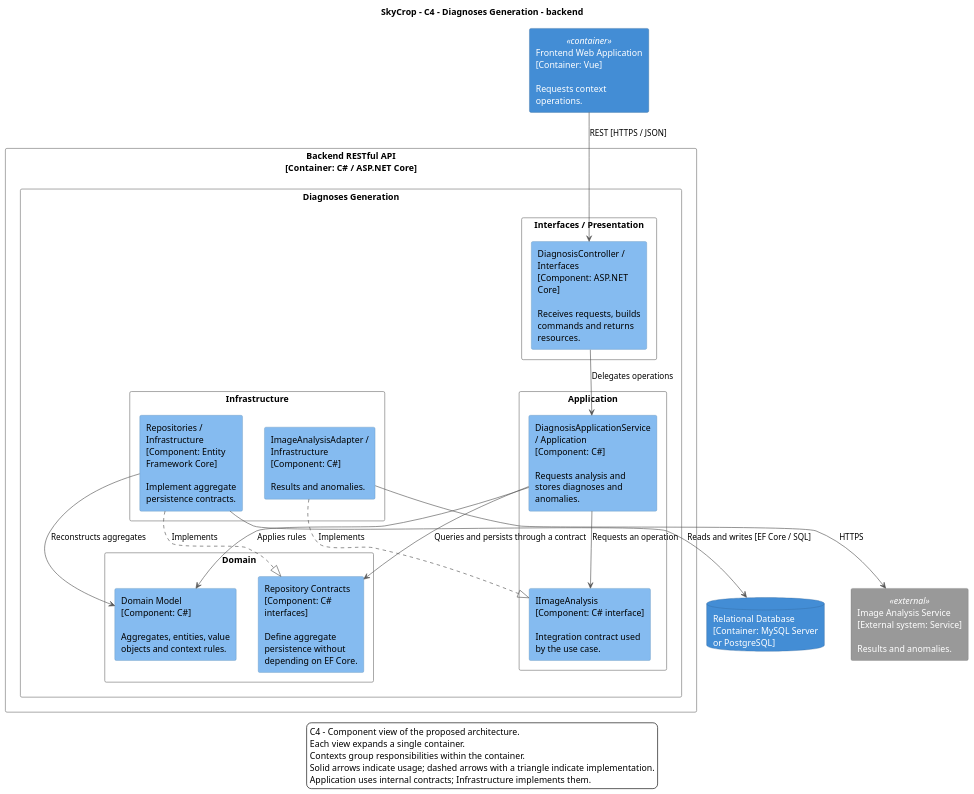
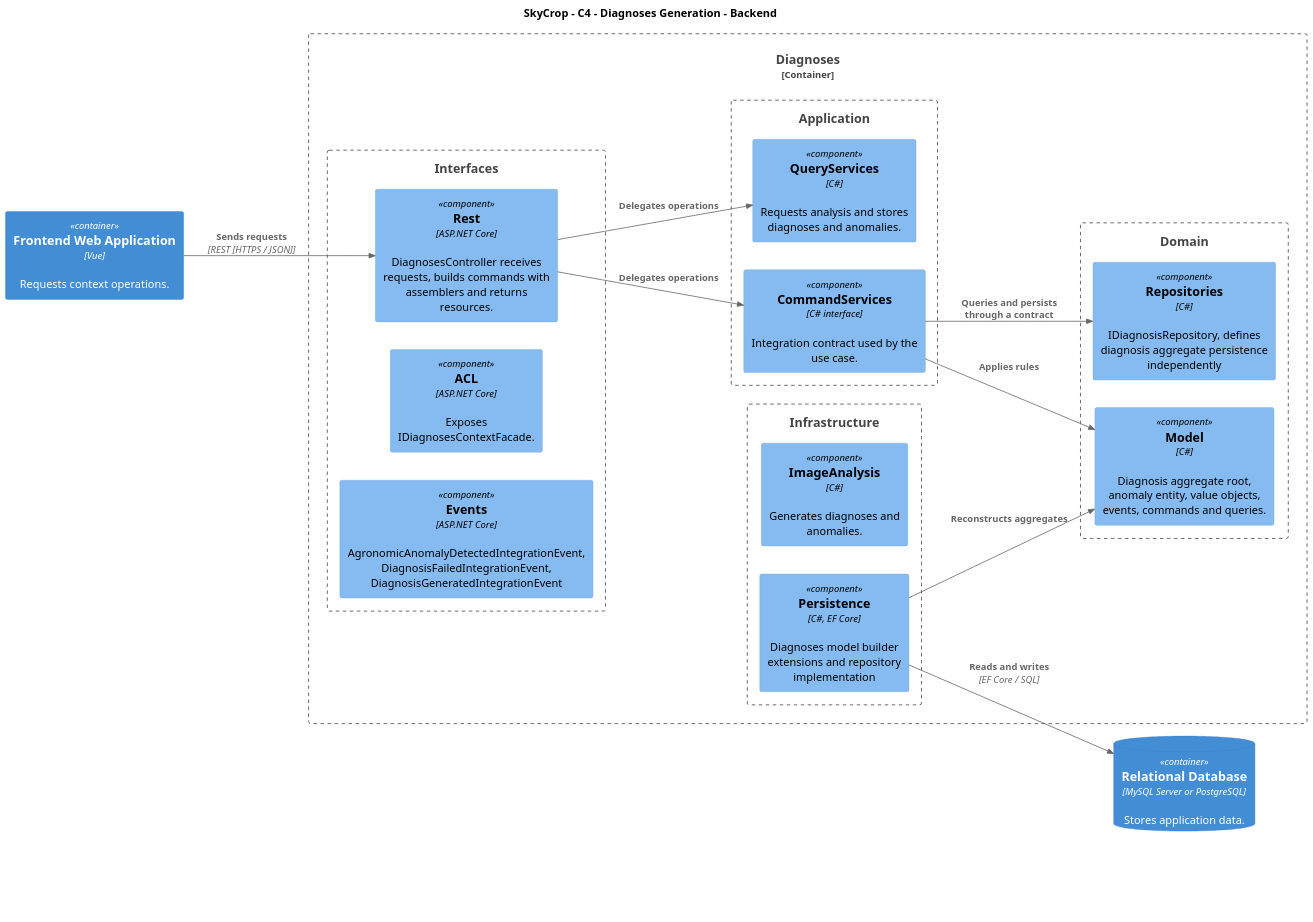
The diagram in resources/diagrams/component-level/contexts/diagnoses-backend-components.puml (upc-pre-202620-1asi0730-8093-greentech/skycrop-report), drawn with PlantUML before and after one commit. The commit also changed 1 other file, not shown here.

Commit message:
feat(diagrams): update diagnoses component diagrams

```diff
--- a/resources/diagrams/component-level/contexts/diagnoses-backend-components.puml
+++ b/resources/diagrams/component-level/contexts/diagnoses-backend-components.puml
@@ -1,84 +1,59 @@
 @startuml
-' C4 palette: people, systems, containers, components and external systems.
-skinparam monochrome false
-skinparam backgroundColor #ffffff
-skinparam actorStyle rectangle
-skinparam actor {
-  BackgroundColor #08427b
-  BorderColor #08427b
-  FontColor #ffffff
+!include https://raw.githubusercontent.com/plantuml-stdlib/C4-PlantUML/master/C4_Component.puml
+
+skinparam shadowing false
+skinparam dpi 150
+skinparam defaultFontName SansSerif
+skinparam wrapWidth 220
+left to right direction
+
+title SkyCrop - C4 - Diagnoses Generation - Backend
+
+Container(web, "Frontend Web Application", "Vue", "Requests context operations.")
+ContainerDb(db, "Relational Database", "MySQL Server or PostgreSQL", "Stores application data.")
+
+Container_Boundary(diagnoses, "Diagnoses") {
+        Boundary(interfaces, "Interfaces") {
+            Component(controller, "Rest", "ASP.NET Core", "DiagnosesController receives requests, builds commands with assemblers and returns resources.")
+            Component(acl, "ACL", "ASP.NET Core", "Exposes IDiagnosesContextFacade.")
+            Component(events, "Events", "ASP.NET Core", "AgronomicAnomalyDetectedIntegrationEvent, DiagnosisFailedIntegrationEvent, DiagnosisGeneratedIntegrationEvent")
+        }
+
+        Boundary(application, "Application") {
+            Component(commands, "CommandServices", "C# interface", "Integration contract used by the use case.")
+            Component(queries, "QueryServices", "C#", "Requests analysis and stores diagnoses and anomalies.")
+        }
+
+        Boundary(domainLayer, "Domain") {
+            Component(domain, "Model", "C#", "Diagnosis aggregate root, anomaly entity, value objects, events, commands and queries.")
+            Component(repositoryContract, "Repositories", "C#", "IDiagnosisRepository, defines diagnosis aggregate persistence independently")
+        }
+
+        Boundary(infrastructure, "Infrastructure") {
+            Component(adapter, "ImageAnalysis", "C#", "Generates diagnoses and anomalies.")
+            Component(persistence, "Persistence", "C#, EF Core", "Diagnoses model builder extensions and repository implementation")
+        }
 }
-skinparam component {
-  BackgroundColor #85bbf0
-  BorderColor #5b8bb1
-  FontColor #000000
-  BackgroundColor<<container>> #438dd5
-  BorderColor<<container>> #2e6295
-  FontColor<<container>> #ffffff
-  BackgroundColor<<external>> #999999
-  BorderColor<<external>> #777777
-  FontColor<<external>> #ffffff
-  BackgroundColor<<system>> #1168bd
-  BorderColor<<system>> #0b4884
-  FontColor<<system>> #ffffff
-}
-skinparam database {
-  BackgroundColor #438dd5
-  BorderColor #2e6295
-  FontColor #ffffff
-}
-skinparam rectangle {
-  BackgroundColor #ffffff
-  BorderColor #777777
-  FontColor #000000
-}
-skinparam ArrowColor #555555
-skinparam shadowing false
-skinparam dpi 120
-skinparam defaultFontName SansSerif
-skinparam componentStyle rectangle
-skinparam wrapWidth 180
-skinparam nodesep 35
-skinparam ranksep 45
-top to bottom direction
-title SkyCrop - C4 - Diagnoses Generation - backend
-component "Frontend Web Application\n[Container: Vue]\n\nRequests context operations." as web <<container>>
-rectangle "Backend RESTful API\n[Container: C# / ASP.NET Core]" {
-rectangle "Diagnoses Generation" {
-rectangle "Interfaces / Presentation" {
-component "DiagnosisController / Interfaces\n[Component: ASP.NET Core]\n\nReceives requests, builds commands and returns resources." as controller
-}
-rectangle "Application" {
-component "DiagnosisApplicationService / Application\n[Component: C#]\n\nRequests analysis and stores diagnoses and anomalies." as service
-component "IImageAnalysis\n[Component: C# interface]\n\nIntegration contract used by the use case." as integrationContract
-}
-rectangle "Domain" {
-component "Domain Model\n[Component: C#]\n\nAggregates, entities, value objects and context rules." as domain
-component "Repository Contracts\n[Component: C# interfaces]\n\nDefine aggregate persistence without depending on EF Core." as repositoryContract
-}
-rectangle "Infrastructure" {
-component "Repositories / Infrastructure\n[Component: Entity Framework Core]\n\nImplement aggregate persistence contracts." as repository
-component "ImageAnalysisAdapter / Infrastructure\n[Component: C#]\n\nResults and anomalies." as adapter
-}
-}
-}
-database "Relational Database\n[Container: MySQL Server or PostgreSQL]" as db
-web --> controller : REST [HTTPS / JSON]
-controller --> service : Delegates operations
-service --> domain : Applies rules
-service --> repositoryContract : Queries and persists through a contract
-repository ..|> repositoryContract : Implements
-repository --> domain : Reconstructs aggregates
-repository --> db : Reads and writes [EF Core / SQL]
-service --> integrationContract : Requests an operation
-adapter ..|> integrationContract : Implements
-component "Image Analysis Service\n[External system: Service]\n\nResults and anomalies." as provider <<external>>
-adapter --> provider : HTTPS
+
+Rel(web, controller, "Sends requests", "REST [HTTPS / JSON]")
+
+Rel(controller, commands, "Delegates operations")
+Rel(controller, queries, "Delegates operations")
+
+Rel(commands, domain, "Applies rules")
+Rel(commands, repositoryContract, "Queries and persists through a contract")
+
+
+
+Rel(persistence, domain, "Reconstructs aggregates")
+Rel(persistence, db, "Reads and writes", "EF Core / SQL")
+
+
 legend bottom
 C4 - Component view of the proposed architecture.
 Each view expands a single container.
 Contexts group responsibilities within the container.
-Solid arrows indicate usage; dashed arrows with a triangle indicate implementation.
 Application uses internal contracts; Infrastructure implements them.
 endlegend
+
 @enduml
```
